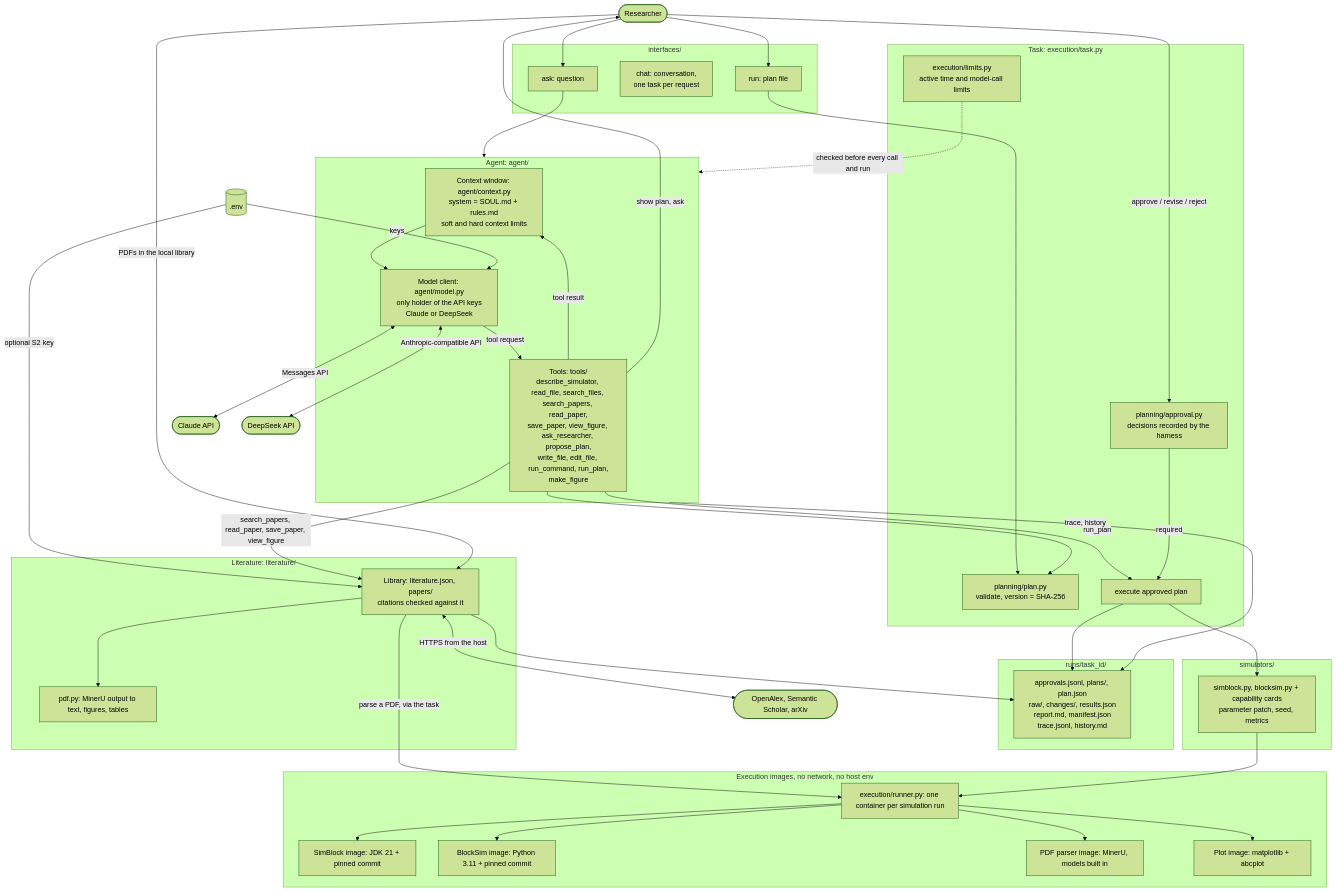
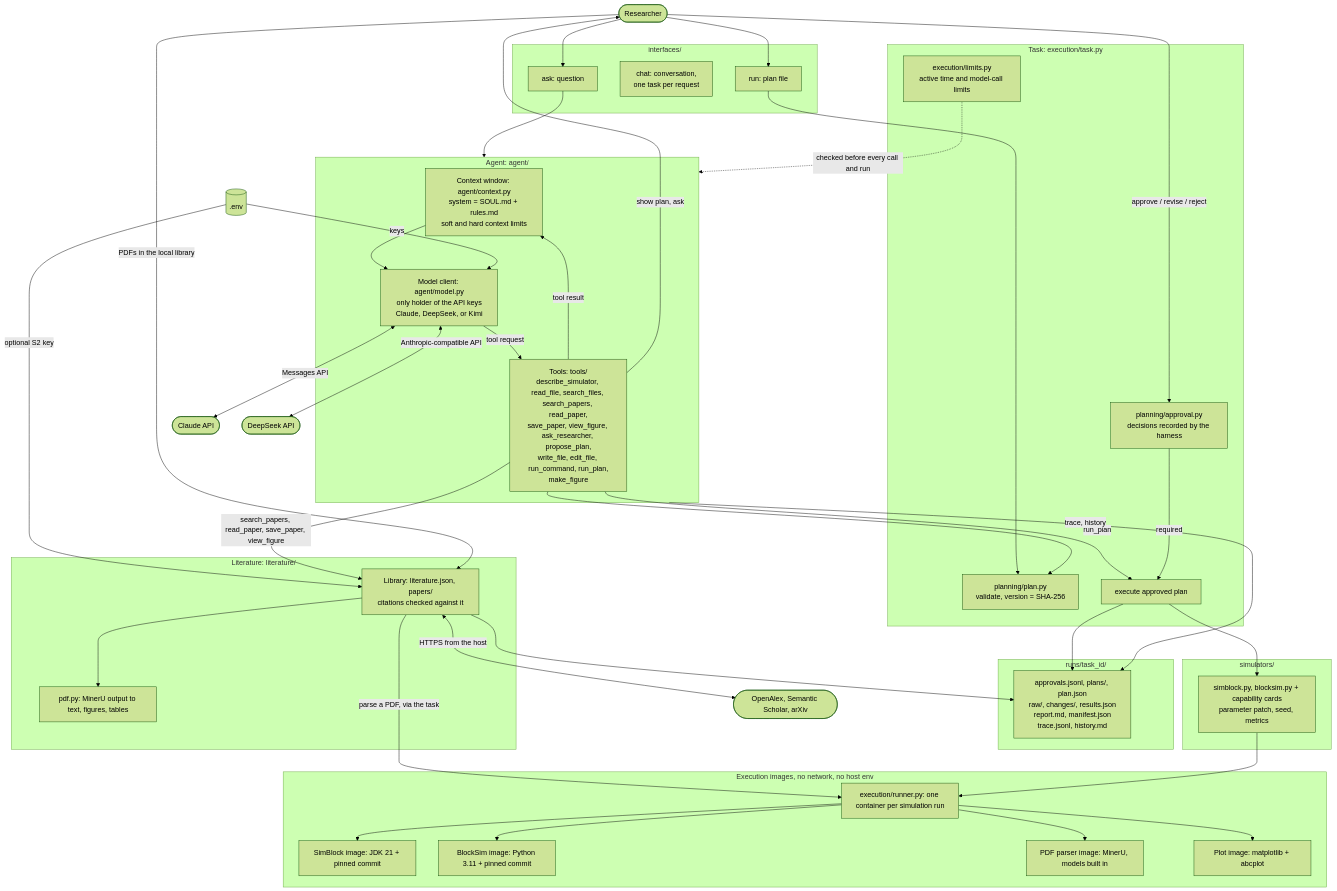
One commit to teiyou416/abc-harness changed the diagram in docs/architecture.md. Above: the diagram before and after it, drawn with Mermaid (forest theme). The commit also changed other lines of this file and 10 other files, not shown here.

````diff
--- a/docs/architecture.md
+++ b/docs/architecture.md
@@ -8,71 +8,71 @@
 ```mermaid
 flowchart TB
     R(["Researcher"])
 
     subgraph CLI["interfaces/"]
         ASK["ask: question"]
         CHAT["chat: conversation,<br/>one task per request"]
         RUN["run: plan file"]
     end
 
     subgraph LOOP["Agent: agent/"]
         CTX["Context window: agent/context.py<br/>system = SOUL.md + rules.md<br/>soft and hard context limits"]
-        LLM["Model client: agent/model.py<br/>only holder of the API keys<br/>Claude or DeepSeek"]
+        LLM["Model client: agent/model.py<br/>only holder of the API keys<br/>Claude, DeepSeek, or Kimi"]
         TOOLS["Tools: tools/<br/>describe_simulator, read_file, search_files, search_papers, read_paper,<br/>save_paper, view_figure, ask_researcher, propose_plan,<br/>write_file, edit_file, run_command, run_plan,<br/>make_figure"]
         CTX --> LLM -->|tool request| TOOLS -->|tool result| CTX
     end
 
     subgraph TASK["Task: execution/task.py"]
         PLAN["planning/plan.py<br/>validate, version = SHA-256"]
         APPROVAL["planning/approval.py<br/>decisions recorded by the harness"]
         LIMITS["execution/limits.py<br/>active time and model-call limits"]
         EXEC["execute approved plan"]
     end
 
     subgraph SIM["simulators/"]
         ADAPTER["simblock.py, blocksim.py + capability cards<br/>parameter patch, seed, metrics"]
     end
 
     subgraph DOCKER["Execution images, no network, no host env"]
         RUNNER["execution/runner.py: one container per simulation run"]
         SIMBLOCK["SimBlock image: JDK 21 + pinned commit"]
         BLOCKSIM["BlockSim image: Python 3.11 + pinned commit"]
         PDFIMG["PDF parser image: MinerU, models built in"]
         PLOTIMG["Plot image: matplotlib + abcplot"]
         RUNNER --> SIMBLOCK
         RUNNER --> BLOCKSIM
         RUNNER --> PDFIMG
         RUNNER --> PLOTIMG
     end
 
     subgraph ART["runs/task_id/"]
         FILES["approvals.jsonl, plans/, plan.json<br/>raw/, changes/, results.json<br/>report.md, manifest.json<br/>trace.jsonl, history.md"]
     end
 
     subgraph LIT["Literature: literature/"]
         LIB["Library: literature.json, papers/<br/>citations checked against it"]
         PDF["pdf.py: MinerU output to text, figures, tables"]
         LIB --> PDF
     end
 
     ENV[(".env")] -->|keys| LLM
     ENV -->|optional S2 key| LIB
     TOOLS -->|search_papers, read_paper, save_paper, view_figure| LIB
     LIB <-->|HTTPS from the host| ACADEMIC(["OpenAlex, Semantic Scholar, arXiv"])
     R -->|PDFs in the local library| LIB
     LIB -->|parse a PDF, via the task| RUNNER
     LIB --> FILES
     LLM <-->|Messages API| CLAUDE(["Claude API"])
     LLM <-->|Anthropic-compatible API| DEEPSEEK(["DeepSeek API"])
     R --> ASK --> LOOP
     R --> RUN --> PLAN
     TOOLS --> PLAN
     TOOLS -->|show plan, ask| R
     R -->|approve / revise / reject| APPROVAL
     TOOLS -->|run_plan| EXEC
     APPROVAL -->|required| EXEC
     LIMITS -.->|checked before every call and run| LOOP
     EXEC --> ADAPTER --> RUNNER
     EXEC --> FILES
     LOOP -->|trace, history| FILES
 ```
````
